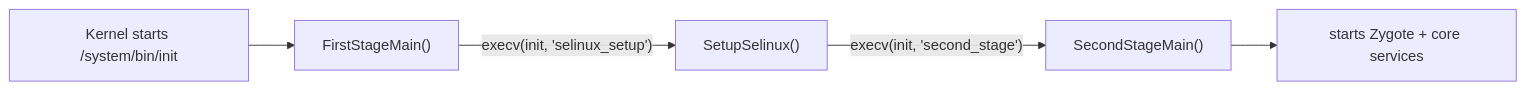
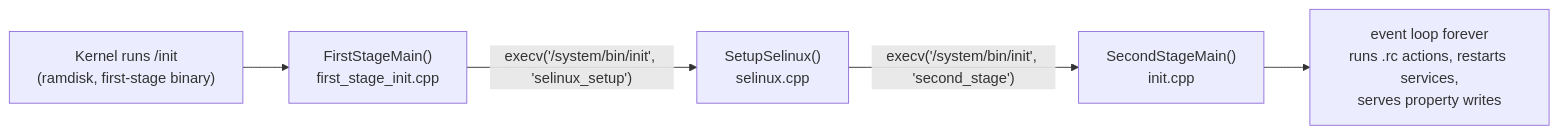
Before and after one commit to anaskhamees/Android-Automotive: the fourth of 12 diagrams in 07.AndroidBootingSequence/README.md, drawn with Mermaid. The commit also changed other lines of this file and 12 other files, not shown here.

````diff
--- a/07.AndroidBootingSequence/README.md
+++ b/07.AndroidBootingSequence/README.md
@@ -308,7 +449,7 @@
 ```mermaid
 flowchart LR
-    K["Kernel starts /system/bin/init"] --> P1["FirstStageMain()"]
-    P1 -->|"execv(init, 'selinux_setup')"| P2["SetupSelinux()"]
-    P2 -->|"execv(init, 'second_stage')"| P3["SecondStageMain()"]
-    P3 --> Z["starts Zygote + core services"]
+    K["Kernel runs /init<br/>(ramdisk, first-stage binary)"] --> P1["FirstStageMain()<br/>first_stage_init.cpp"]
+    P1 -->|"execv('/system/bin/init', 'selinux_setup')"| P2["SetupSelinux()<br/>selinux.cpp"]
+    P2 -->|"execv('/system/bin/init', 'second_stage')"| P3["SecondStageMain()<br/>init.cpp"]
+    P3 --> L["event loop forever<br/>runs .rc actions, restarts services,<br/>serves property writes"]
 ```
````
